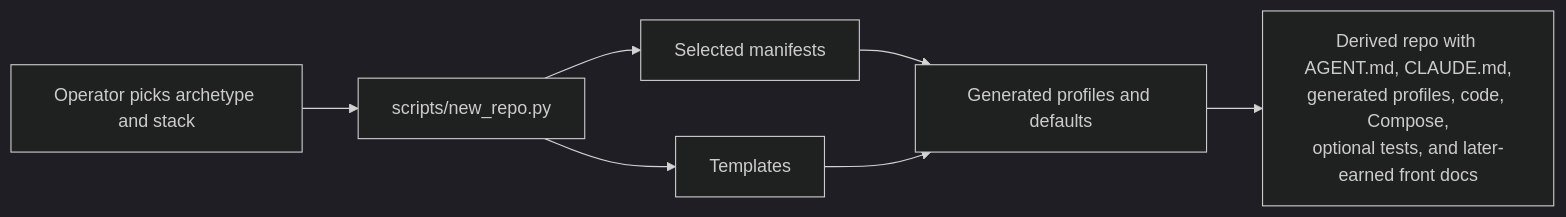
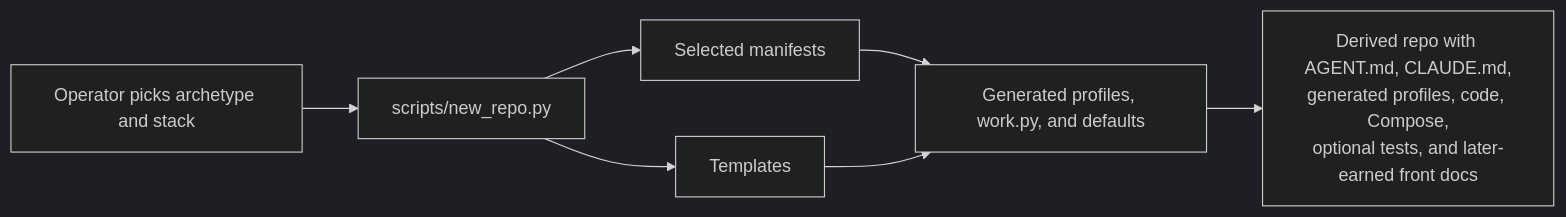
Before and after one commit to someflydev/agent-context-base: the second of 4 diagrams in docs/architecture-mental-model.md, drawn with Mermaid (dark theme). The commit also changed other lines of this file and 9 other files, not shown here.

````diff
--- a/docs/architecture-mental-model.md
+++ b/docs/architecture-mental-model.md
@@ -23,9 +25,9 @@
 ```mermaid
 flowchart LR
     A[Operator picks archetype and stack] --> B[scripts/new_repo.py]
     B --> C[Selected manifests]
     B --> D[Templates]
-    C --> E[Generated profiles and defaults]
+    C --> E[Generated profiles, work.py, and defaults]
     D --> E
     E --> F[Derived repo with AGENT.md, CLAUDE.md,<br/>generated profiles, code, Compose,<br/>optional tests, and later-earned front docs]
 ```
````
